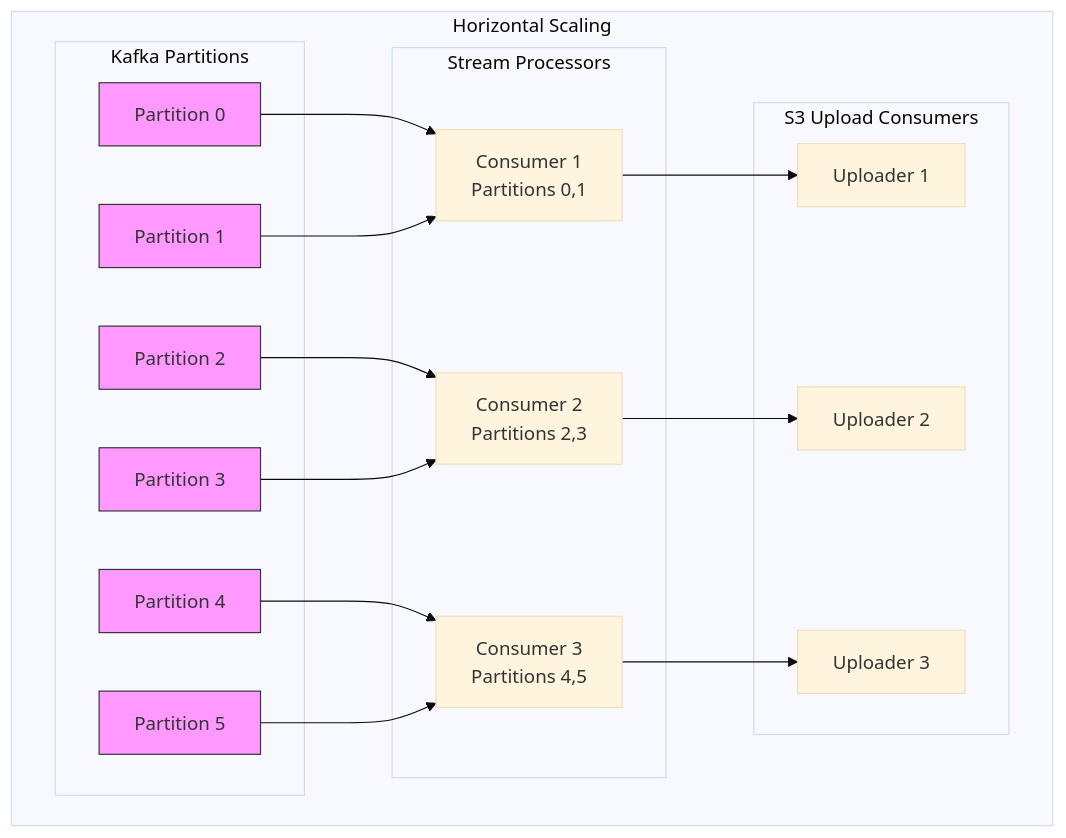
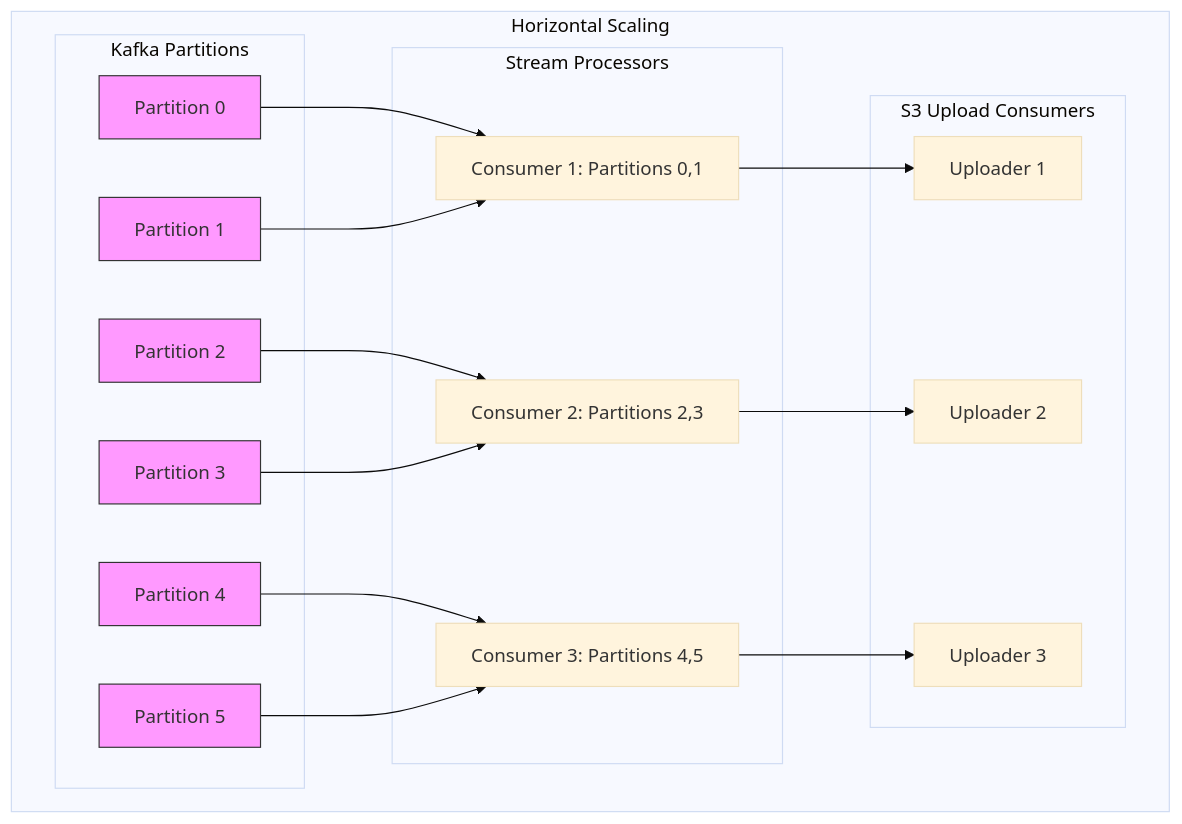
One commit to raghuselvaraj/FireWatch changed the fifth of 8 diagrams in docs/ARCHITECTURE_DIAGRAM.md. Above: the diagram before and after it, drawn with Mermaid (base theme). The commit also changed other lines of this file and 4 other files, not shown here.

````diff
--- a/docs/ARCHITECTURE_DIAGRAM.md
+++ b/docs/ARCHITECTURE_DIAGRAM.md
@@ -206,43 +206,43 @@
 ```mermaid
 graph TB
     subgraph "Horizontal Scaling"
         subgraph "Kafka Partitions"
             P1[Partition 0]
             P2[Partition 1]
             P3[Partition 2]
             P4[Partition 3]
             P5[Partition 4]
             P6[Partition 5]
         end
 
         subgraph "Stream Processors"
-            SP1[Consumer 1<br/>Partitions 0,1]
-            SP2[Consumer 2<br/>Partitions 2,3]
-            SP3[Consumer 3<br/>Partitions 4,5]
+            SP1["Consumer 1: Partitions 0,1"]
+            SP2["Consumer 2: Partitions 2,3"]
+            SP3["Consumer 3: Partitions 4,5"]
         end
 
         subgraph "S3 Upload Consumers"
             UC1[Uploader 1]
             UC2[Uploader 2]
             UC3[Uploader 3]
         end
     end
 
     P1 --> SP1
     P2 --> SP1
     P3 --> SP2
     P4 --> SP2
     P5 --> SP3
     P6 --> SP3
 
     SP1 --> UC1
     SP2 --> UC2
     SP3 --> UC3
 
     style P1 fill:#f9f,stroke:#333,stroke-width:1px
     style P2 fill:#f9f,stroke:#333,stroke-width:1px
     style P3 fill:#f9f,stroke:#333,stroke-width:1px
     style P4 fill:#f9f,stroke:#333,stroke-width:1px
     style P5 fill:#f9f,stroke:#333,stroke-width:1px
     style P6 fill:#f9f,stroke:#333,stroke-width:1px
 ```
````
